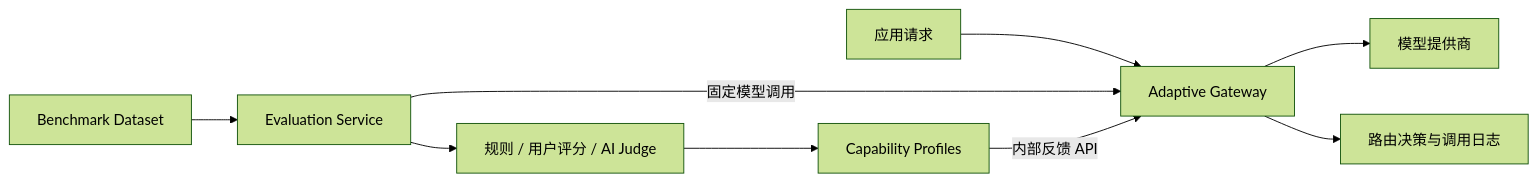
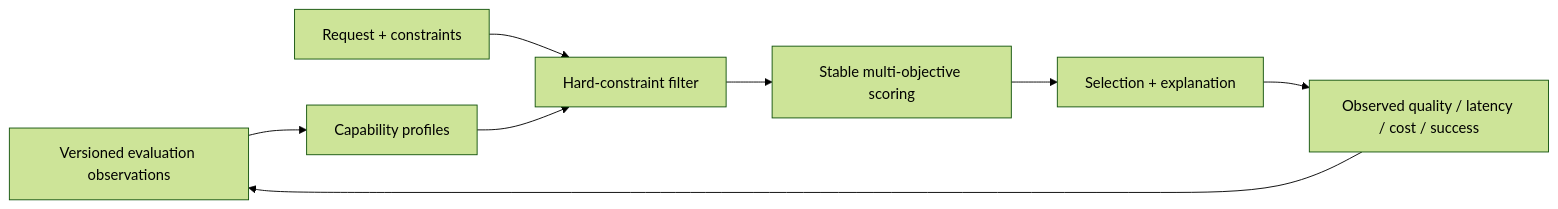
One commit to kyprettyyy/ai_project changed the diagram in README.md. Above: the diagram before and after it, drawn with Mermaid (forest theme). The commit also changed other lines of this file and 10 other files, not shown here.

````diff
--- a/README.md
+++ b/README.md
@@ -5,11 +26,10 @@
 ```mermaid
 flowchart LR
-  U["应用请求"] --> G["Adaptive Gateway"]
-  G --> P["模型提供商"]
-  G --> D["路由决策与调用日志"]
-  B["Benchmark Dataset"] --> E["Evaluation Service"]
-  E -->|"固定模型调用"| G
-  E --> R["规则 / 用户评分 / AI Judge"]
-  R --> C["Capability Profiles"]
-  C -->|"内部反馈 API"| G
+  D["Versioned evaluation observations"] --> P["Capability profiles"]
+  R["Request + constraints"] --> F["Hard-constraint filter"]
+  P --> F
+  F --> S["Stable multi-objective scoring"]
+  S --> X["Selection + explanation"]
+  X --> O["Observed quality / latency / cost / success"]
+  O --> D
 ```
````
